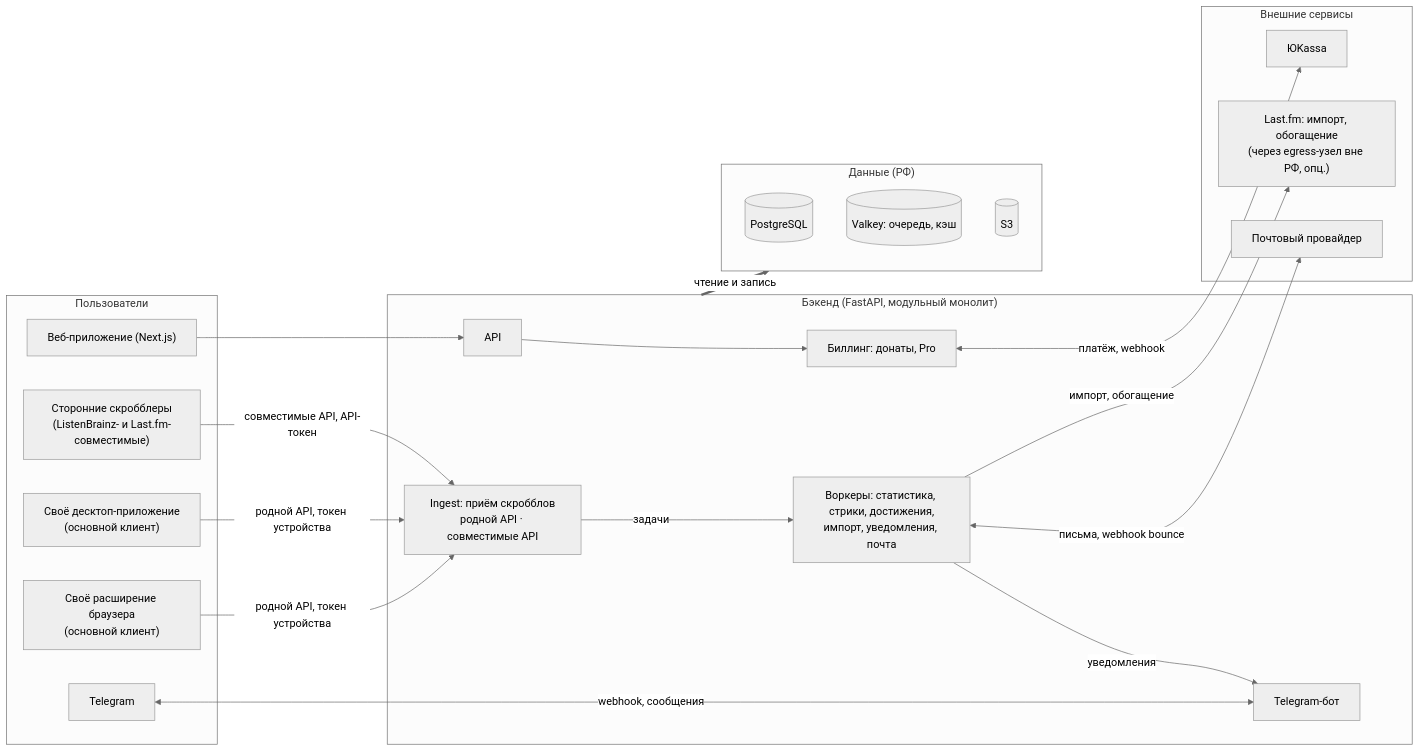
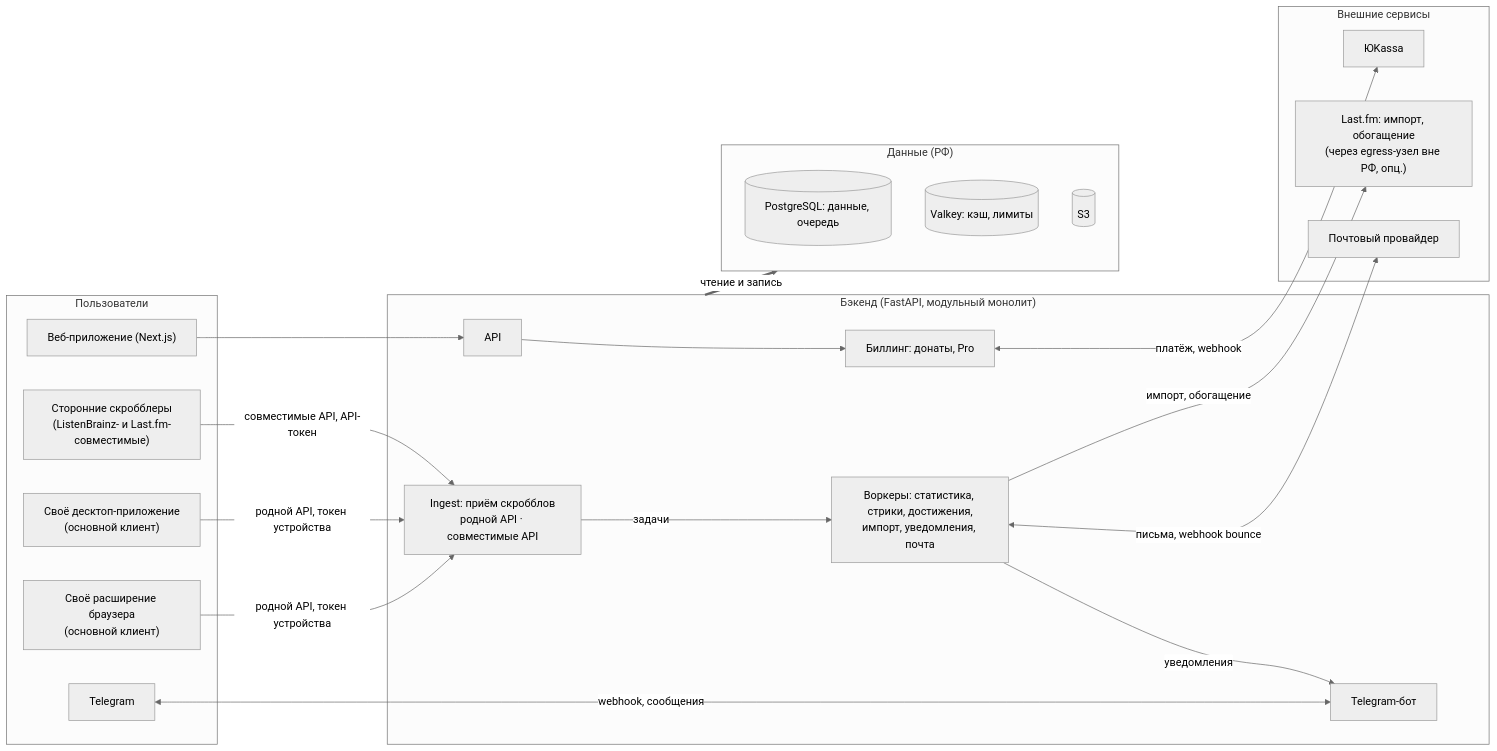
Before and after one commit to fighxy/scrobb: the diagram in README.md, drawn with Mermaid (neutral theme). The commit also changed other lines of this file and 4 other files, not shown here.

First line of the commit message:
docs: ревью проекта; стек — Python 3.14, PostgreSQL 18, procrastinate

````diff
--- a/README.md
+++ b/README.md
@@ -54,44 +55,44 @@
 ```mermaid
 ---
 config:
   layout: dagre
 ---
 flowchart LR
   subgraph U["Пользователи"]
     WEB["Веб-приложение (Next.js)"]
     EXT["Своё расширение браузера<br/>(основной клиент)"]
     DESK["Своё десктоп-приложение<br/>(основной клиент)"]
     THIRD["Сторонние скробблеры<br/>(ListenBrainz- и Last.fm-совместимые)"]
     TGU["Telegram"]
   end
   subgraph B["Бэкенд (FastAPI, модульный монолит)"]
     API["API"]
     ING["Ingest: приём скробблов<br/>родной API · совместимые API"]
     BILL["Биллинг: донаты, Pro"]
     WRK["Воркеры: статистика, стрики, достижения,<br/>импорт, уведомления, почта"]
     BOT["Telegram-бот"]
   end
   subgraph D["Данные (РФ)"]
-    PG[("PostgreSQL")]
-    VK[("Valkey: очередь, кэш")]
+    PG[("PostgreSQL: данные, очередь")]
+    VK[("Valkey: кэш, лимиты")]
     S3[("S3")]
   end
   subgraph X["Внешние сервисы"]
     YK["ЮKassa"]
     LFM["Last.fm: импорт, обогащение<br/>(через egress-узел вне РФ, опц.)"]
     MAIL["Почтовый провайдер"]
   end
 
   WEB --> API
   EXT -- "родной API, токен устройства" --> ING
   DESK -- "родной API, токен устройства" --> ING
   THIRD -- "совместимые API, API-токен" --> ING
   TGU <-- "webhook, сообщения" --> BOT
   API --> BILL
   ING -- "задачи" --> WRK
   WRK -- "уведомления" --> BOT
   BILL <-- "платёж, webhook" --> YK
   WRK -- "импорт, обогащение" --> LFM
   WRK <-- "письма, webhook bounce" --> MAIL
   B == "чтение и запись" ==> D
 ```
````
